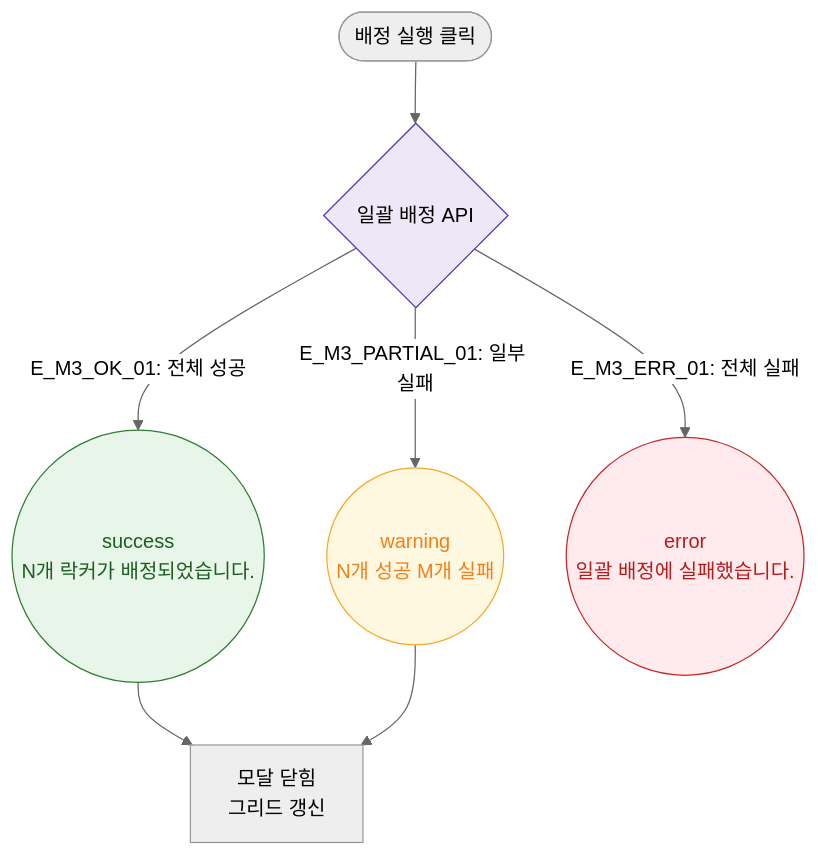
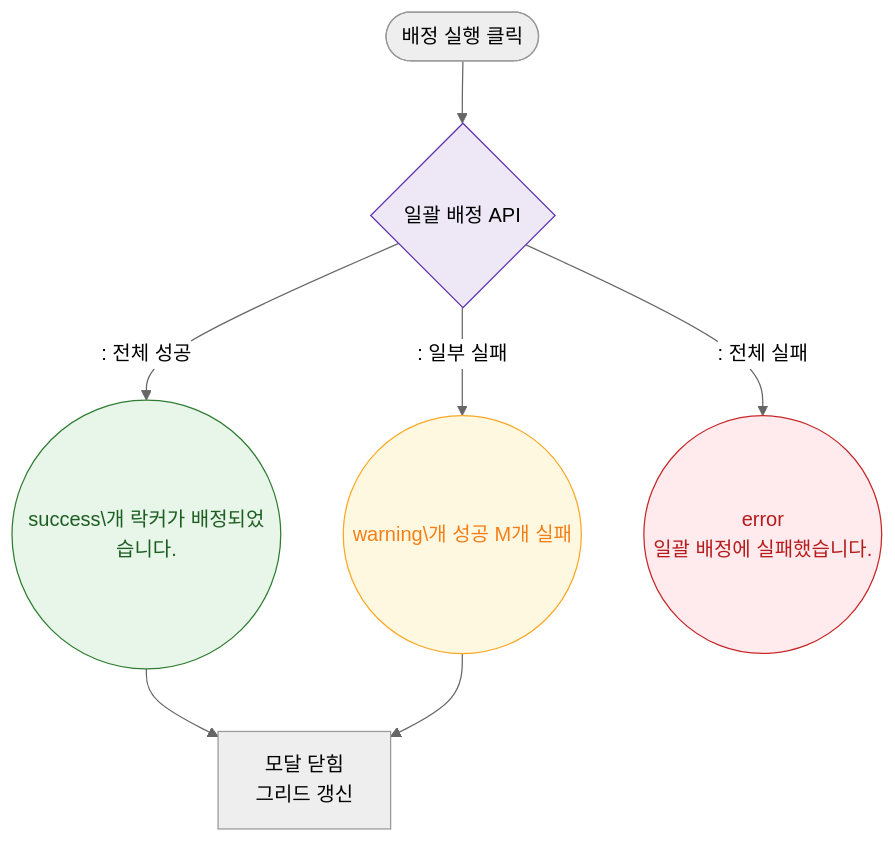
The diagram in docs/다이어그램/D06_시설관리/DLG/DLG-050-006_일괄배정/M3_결과분기.md (dev-spogym/admin-pando), drawn with Mermaid (neutral theme) before and after one commit. The commit also changed other lines of this file and 1660 other files, not shown here.

First line of the commit message:
다이어그램: 기획자/클라이언트 납품본으로 정리

````diff
--- a/docs/다이어그램/D06_시설관리/DLG/DLG-050-006_일괄배정/M3_결과분기.md
+++ b/docs/다이어그램/D06_시설관리/DLG/DLG-050-006_일괄배정/M3_결과분기.md
@@ -16,18 +14,18 @@
 ```mermaid
 flowchart TD
     ACTION([배정 실행 클릭]) --> BulkAPI{일괄 배정 API}
-    BulkAPI -->|"E_M3_OK_01: 전체 성공"| FullSuccess((success\nN개 락커가 배정되었습니다.))
-    BulkAPI -->|"E_M3_PARTIAL_01: 일부 실패"| PartialWarn((warning\nN개 성공 M개 실패))
-    BulkAPI -->|"E_M3_ERR_01: 전체 실패"| ErrorToast((error\n일괄 배정에 실패했습니다.))
+    BulkAPI -->|": 전체 성공"|FullSuccess((success\개 락커가 배정되었습니다.))
+    BulkAPI -->|": 일부 실패"|PartialWarn((warning\개 성공 M개 실패))
+    BulkAPI -->|": 전체 실패"|ErrorToast((error\n일괄 배정에 실패했습니다.))
     FullSuccess --> CLOSE[모달 닫힘\n그리드 갱신]
     PartialWarn --> CLOSE
 
     classDef success fill:#E8F5E9,stroke:#2E7D32,color:#1B5E20
     classDef warning fill:#FFF8E1,stroke:#F9A825,color:#F57F17
     classDef error fill:#FFEBEE,stroke:#C62828,color:#B71C1C
     classDef system fill:#EDE7F6,stroke:#5E35B2
     class FullSuccess success
     class PartialWarn warning
     class ErrorToast error
     class BulkAPI system
 ```
````
